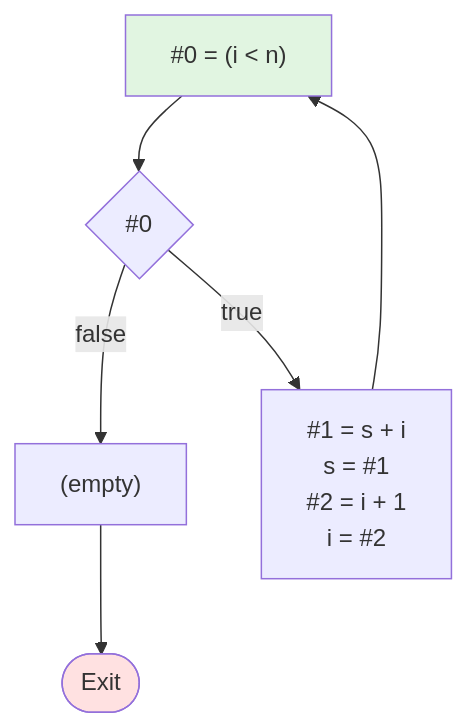
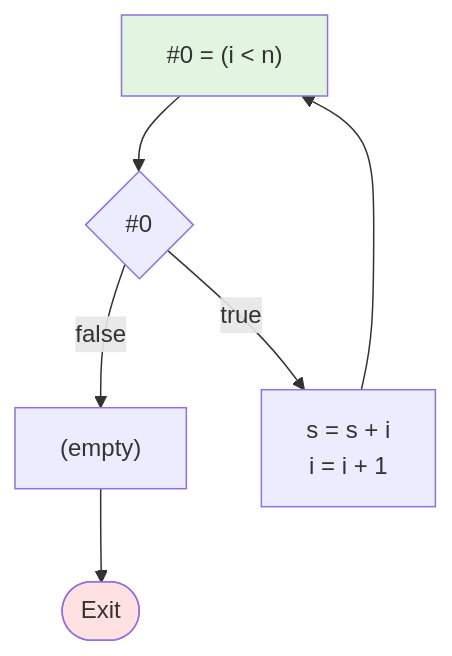
The diagram in mermaid_outputs/test1_while_loop.md (cny123222/Control-Flow-Graph-Generation-for-WhileD-Language), drawn with Mermaid before and after one commit. The commit also changed other lines of this file and 5 other files, not shown here.

````diff
--- a/mermaid_outputs/test1_while_loop.md
+++ b/mermaid_outputs/test1_while_loop.md
@@ -7,16 +7,16 @@
 ```mermaid
 flowchart TD
     B0["#0 = (i < n)"]
     C0{#0}
-    B1["#1 = s + i<br/>s = #1<br/>#2 = i + 1<br/>i = #2"]
+    B1["s = s + i<br/>i = i + 1"]
     B2["(empty)"]
 
     B0 --> C0
     C0 -->|false| B2
     C0 -->|true| B1
     B1 --> B0
     B2 --> Exit([Exit])
 
     style B0 fill:#e1f5e1
     style Exit fill:#ffe1e1
 ```
````
